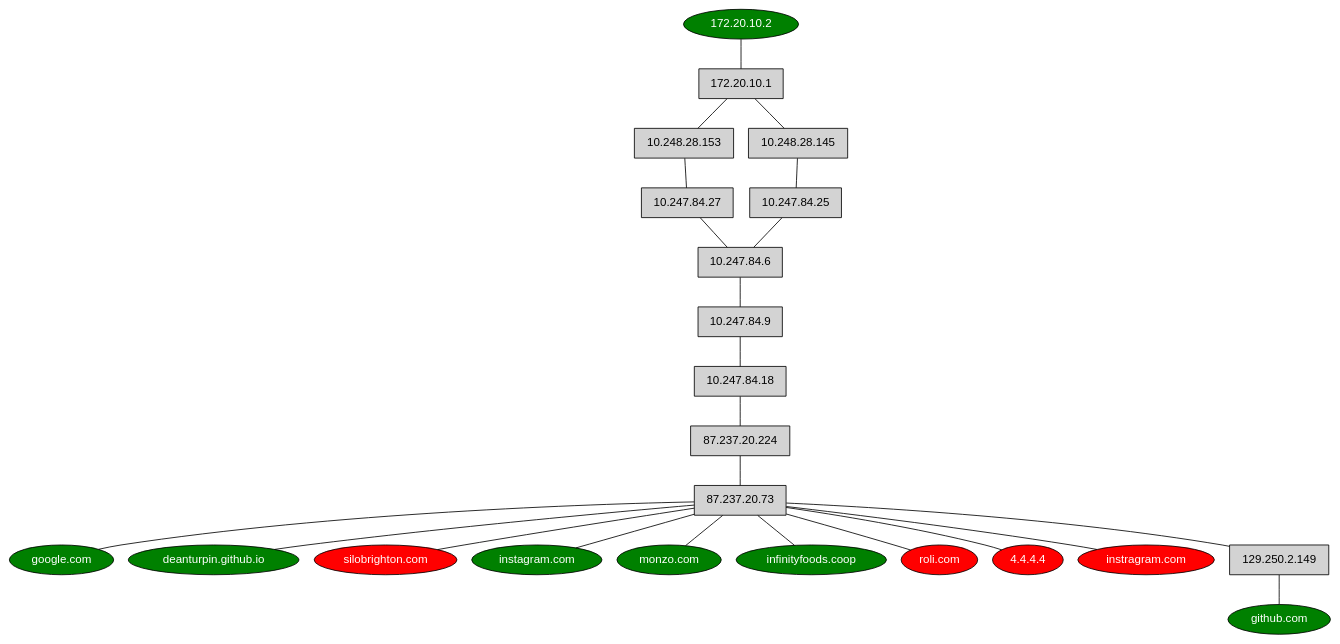
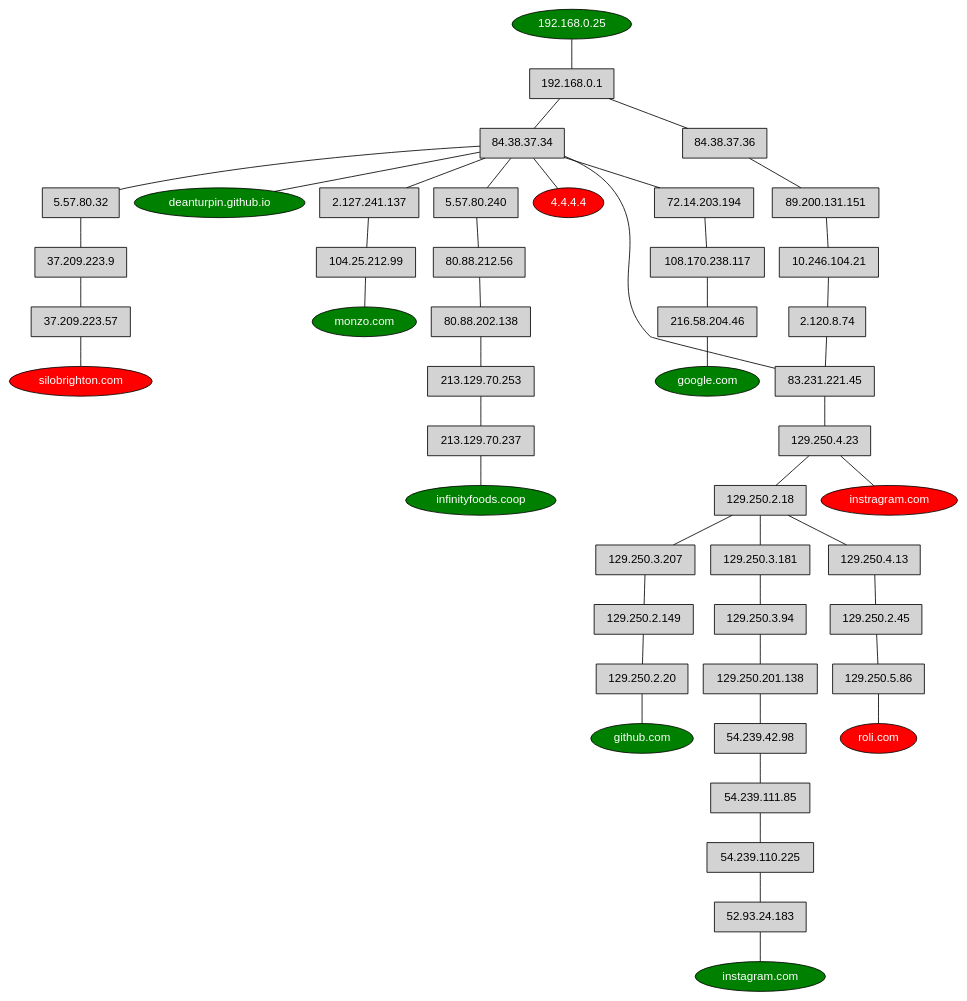
The diagram in example.dot (deanturpin/hosts2dot), drawn with Graphviz before and after one commit. The commit also changed 2 other files, not shown here.

```diff
--- a/example.dot
+++ b/example.dot
@@ -1,26 +1,26 @@
 strict graph {
 
   node [shape=rectangle style=filled fontname=helvetica]
-  "soy yo" [label="172.20.10.2 " fillcolor=green shape=oval fontcolor=white]
+  "soy yo" [label="192.168.0.25" fillcolor=green shape=oval fontcolor=white]
 
   "google.com" [fillcolor=green shape=oval fontcolor=white]
   "deanturpin.github.io" [fillcolor=green shape=oval fontcolor=white]
   "github.com" [fillcolor=green shape=oval fontcolor=white]
   "silobrighton.com" [fillcolor=red shape=oval fontcolor=white]
   "instagram.com" [fillcolor=green shape=oval fontcolor=white]
   "monzo.com" [fillcolor=green shape=oval fontcolor=white]
   "infinityfoods.coop" [fillcolor=green shape=oval fontcolor=white]
   "roli.com" [fillcolor=red shape=oval fontcolor=white]
   "4.4.4.4" [fillcolor=red shape=oval fontcolor=white]
   "instragram.com" [fillcolor=red shape=oval fontcolor=white]
-  "soy yo"--"172.20.10.1"--"10.248.28.153"--"10.247.84.27"--"10.247.84.6"--"10.247.84.9"--"10.247.84.18"--"87.237.20.224"--"87.237.20.73"--"google.com"
-  "soy yo"--"172.20.10.1"--"10.248.28.145"--"10.247.84.25"--"10.247.84.6"--"10.247.84.9"--"10.247.84.18"--"87.237.20.224"--"87.237.20.73"--"deanturpin.github.io"
-  "soy yo"--"172.20.10.1"--"10.248.28.153"--"10.247.84.27"--"10.247.84.6"--"10.247.84.9"--"10.247.84.18"--"87.237.20.224"--"87.237.20.73"--"129.250.2.149"--"github.com"
-  "soy yo"--"172.20.10.1"--"10.248.28.153"--"10.247.84.27"--"10.247.84.6"--"10.247.84.9"--"10.247.84.18"--"87.237.20.224"--"87.237.20.73"--"silobrighton.com"
-  "soy yo"--"172.20.10.1"--"10.248.28.153"--"10.247.84.27"--"10.247.84.6"--"10.247.84.9"--"10.247.84.18"--"87.237.20.224"--"87.237.20.73"--"instagram.com"
-  "soy yo"--"172.20.10.1"--"10.248.28.153"--"10.247.84.27"--"10.247.84.6"--"10.247.84.9"--"10.247.84.18"--"87.237.20.224"--"87.237.20.73"--"monzo.com"
-  "soy yo"--"172.20.10.1"--"10.248.28.153"--"10.247.84.27"--"10.247.84.6"--"10.247.84.9"--"10.247.84.18"--"87.237.20.224"--"87.237.20.73"--"infinityfoods.coop"
-  "soy yo"--"172.20.10.1"--"10.248.28.153"--"10.247.84.27"--"10.247.84.6"--"10.247.84.9"--"10.247.84.18"--"87.237.20.224"--"87.237.20.73"--"roli.com"
-  "soy yo"--"172.20.10.1"--"10.248.28.153"--"10.247.84.27"--"10.247.84.6"--"10.247.84.9"--"10.247.84.18"--"87.237.20.224"--"87.237.20.73"--"4.4.4.4"
-  "soy yo"--"172.20.10.1"--"10.248.28.145"--"10.247.84.25"--"10.247.84.6"--"10.247.84.9"--"10.247.84.18"--"87.237.20.224"--"87.237.20.73"--"instragram.com"
+  "soy yo"--"192.168.0.1"--"84.38.37.34"--"72.14.203.194"--"108.170.238.117"--"216.58.204.46"--"google.com"
+  "soy yo"--"192.168.0.1"--"84.38.37.34"--"deanturpin.github.io"
+  "soy yo"--"192.168.0.1"--"84.38.37.34"--"83.231.221.45"--"129.250.4.23"--"129.250.2.18"--"129.250.3.207"--"129.250.2.149"--"129.250.2.20"--"github.com"
+  "soy yo"--"192.168.0.1"--"84.38.37.34"--"5.57.80.32"--"37.209.223.9"--"37.209.223.57"--"silobrighton.com"
+  "soy yo"--"192.168.0.1"--"84.38.37.34"--"83.231.221.45"--"129.250.4.23"--"129.250.2.18"--"129.250.3.181"--"129.250.3.94"--"129.250.201.138"--"54.239.42.98"--"54.239.111.85"--"54.239.110.225"--"52.93.24.183"--"instagram.com"
+  "soy yo"--"192.168.0.1"--"84.38.37.34"--"2.127.241.137"--"104.25.212.99"--"monzo.com"
+  "soy yo"--"192.168.0.1"--"84.38.37.34"--"5.57.80.240"--"80.88.212.56"--"80.88.202.138"--"213.129.70.253"--"213.129.70.237"--"infinityfoods.coop"
+  "soy yo"--"192.168.0.1"--"84.38.37.34"--"83.231.221.45"--"129.250.4.23"--"129.250.2.18"--"129.250.4.13"--"129.250.2.45"--"129.250.5.86"--"roli.com"
+  "soy yo"--"192.168.0.1"--"84.38.37.34"--"4.4.4.4"
+  "soy yo"--"192.168.0.1"--"84.38.37.36"--"89.200.131.151"--"10.246.104.21"--"2.120.8.74"--"83.231.221.45"--"129.250.4.23"--"instragram.com"
 }
```
